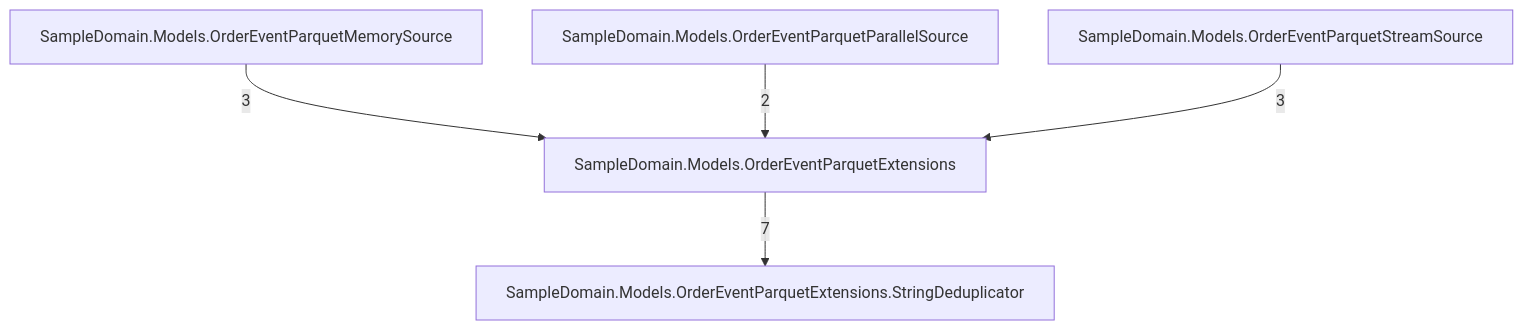
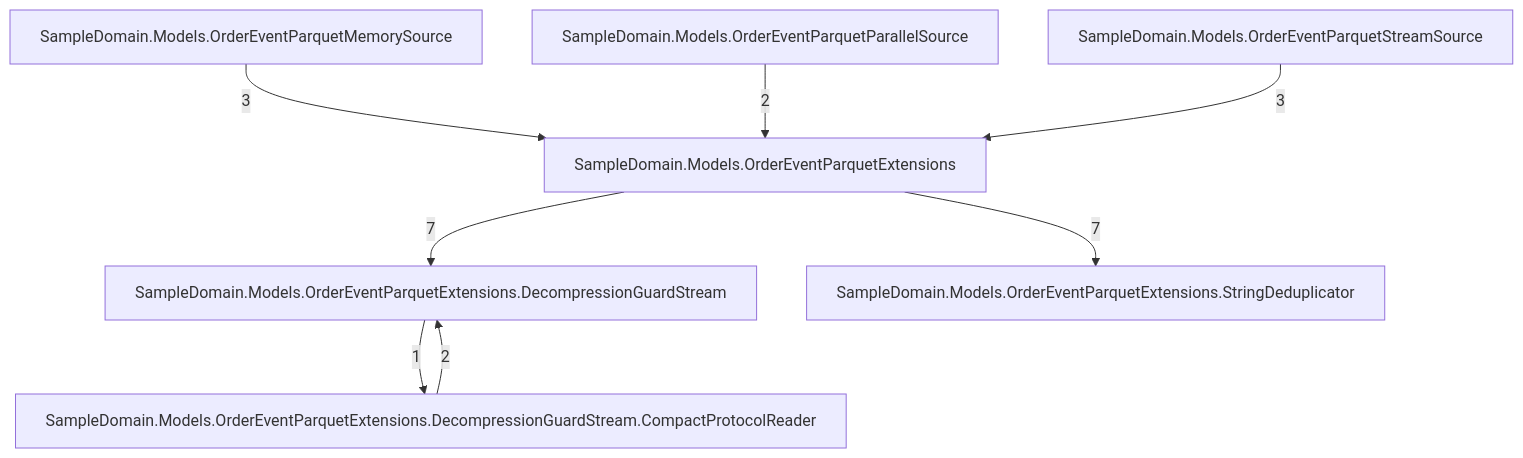
The fourth of 7 diagrams in docs/callgraph-generated.md (rtkelly13/Parquet.SourceGenerator), drawn with Mermaid before and after one commit. The commit also changed other lines of this file and 11 other files, not shown here.

Commit message:
fix(safety): preserve structural gates for decompression guard

````diff
--- a/docs/callgraph-generated.md
+++ b/docs/callgraph-generated.md
@@ -45,12 +60,17 @@
 ```mermaid
 graph TD
     tsampledomainmodelsordereventparquetextensions_047["SampleDomain.Models.OrderEventParquetExtensions"]
+    tsampledomainmodelsordereventparquetextensionsdecompressionguardstream_072["SampleDomain.Models.OrderEventParquetExtensions.DecompressionGuardStream"]
+    tsampledomainmodelsordereventparquetextensionsdecompressionguardstreamcompactprotocolreader_094["SampleDomain.Models.OrderEventParquetExtensions.DecompressionGuardStream.CompactProtocolReader"]
     tsampledomainmodelsordereventparquetextensionsstringdeduplicator_066["SampleDomain.Models.OrderEventParquetExtensions.StringDeduplicator"]
     tsampledomainmodelsordereventparquetmemorysource_049["SampleDomain.Models.OrderEventParquetMemorySource"]
     tsampledomainmodelsordereventparquetparallelsource_051["SampleDomain.Models.OrderEventParquetParallelSource"]
     tsampledomainmodelsordereventparquetstreamsource_049["SampleDomain.Models.OrderEventParquetStreamSource"]
+    tsampledomainmodelsordereventparquetextensionsdecompressionguardstreamcompactprotocolreader_094 -->|2| tsampledomainmodelsordereventparquetextensionsdecompressionguardstream_072
+    tsampledomainmodelsordereventparquetextensionsdecompressionguardstream_072 -->|1| tsampledomainmodelsordereventparquetextensionsdecompressionguardstreamcompactprotocolreader_094
+    tsampledomainmodelsordereventparquetextensions_047 -->|7| tsampledomainmodelsordereventparquetextensionsdecompressionguardstream_072
     tsampledomainmodelsordereventparquetextensions_047 -->|7| tsampledomainmodelsordereventparquetextensionsstringdeduplicator_066
     tsampledomainmodelsordereventparquetmemorysource_049 -->|3| tsampledomainmodelsordereventparquetextensions_047
     tsampledomainmodelsordereventparquetparallelsource_051 -->|2| tsampledomainmodelsordereventparquetextensions_047
     tsampledomainmodelsordereventparquetstreamsource_049 -->|3| tsampledomainmodelsordereventparquetextensions_047
 ```
````
